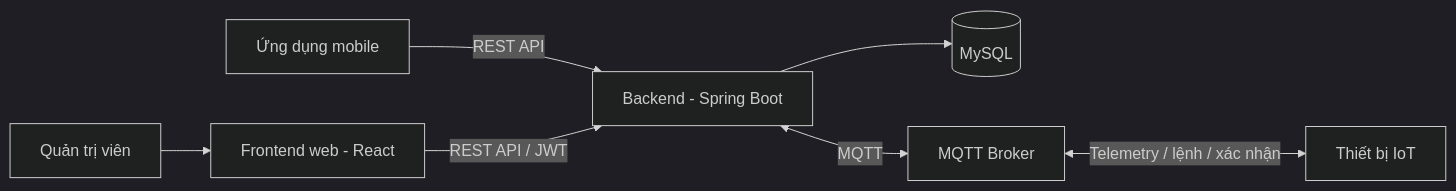
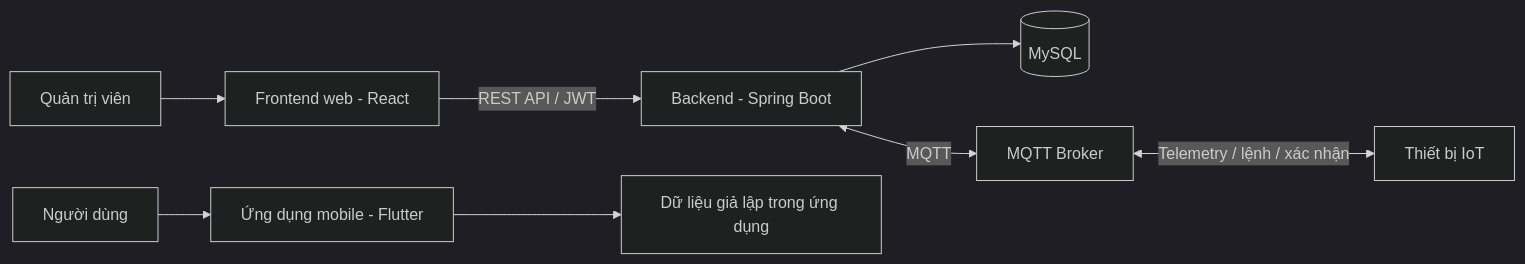
The diagram in README.md (TrgMSon/Auto_watering_system), drawn with Mermaid (dark theme) before and after one commit. The commit also changed other lines of this file and 2 other files, not shown here.

````diff
--- a/README.md
+++ b/README.md
@@ -17,9 +18,11 @@
 ```mermaid
 flowchart LR
     Admin[Quản trị viên] --> Web[Frontend web - React]
-    User[Ứng dụng mobile] -->|REST API| API[Backend - Spring Boot]
+    API[Backend - Spring Boot]
     Web -->|REST API / JWT| API
     API --> DB[(MySQL)]
     API <-->|MQTT| Broker[MQTT Broker]
     Broker <-->|Telemetry / lệnh / xác nhận| Device[Thiết bị IoT]
+    User[Người dùng] --> Mobile[Ứng dụng mobile - Flutter]
+    Mobile --> Mock[Dữ liệu giả lập trong ứng dụng]
 ```
````
